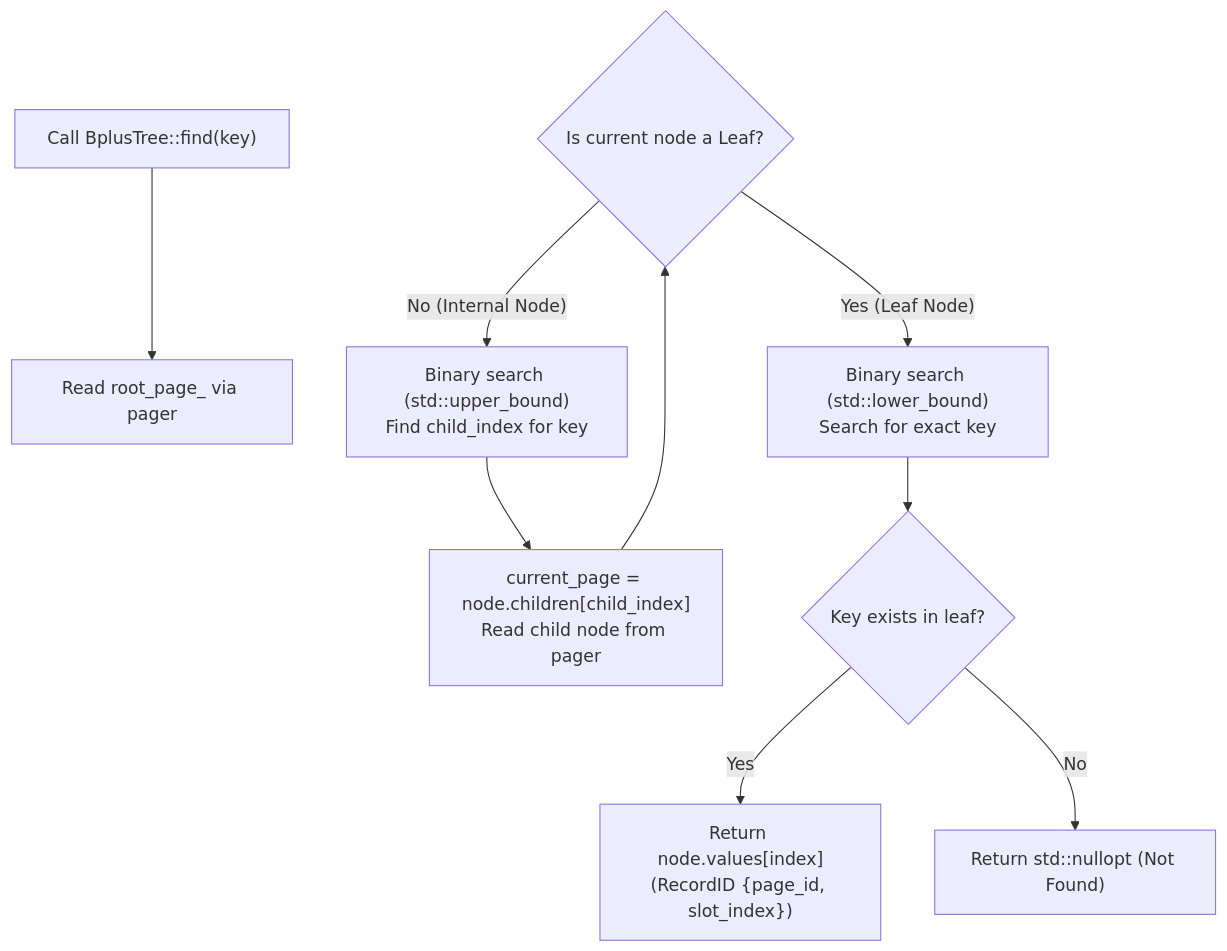
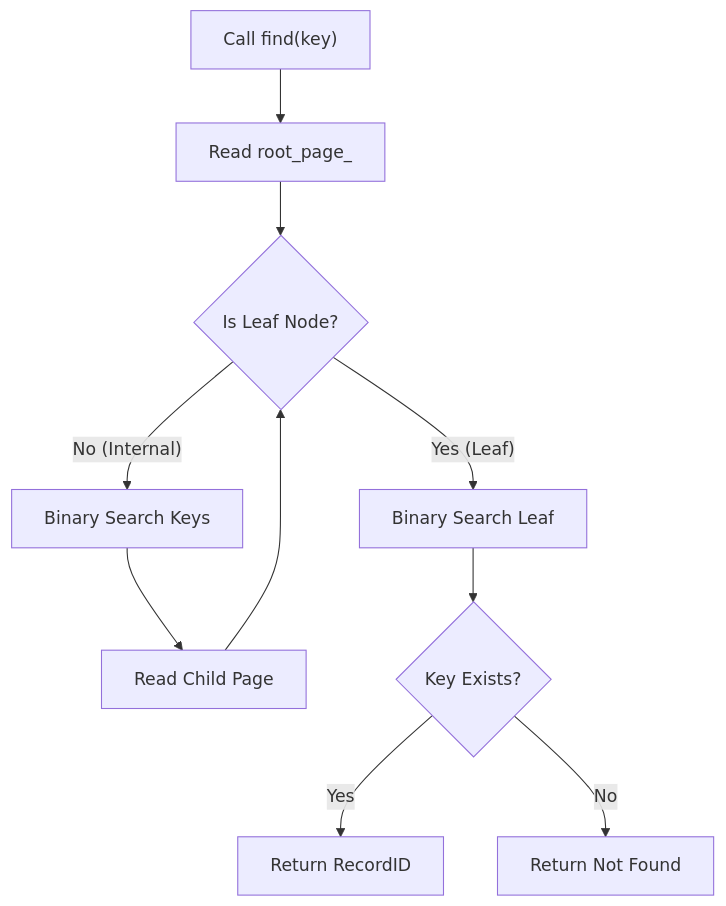
The second of 3 diagrams in docs/architecture/bplus-tree.md (KAAZamapiloT/QUARTZ_DB), drawn with Mermaid before and after one commit. The commit also changed other lines of this file and 27 other files, not shown here.

````diff
--- a/docs/architecture/bplus-tree.md
+++ b/docs/architecture/bplus-tree.md
@@ -103,16 +81,14 @@
 ```mermaid
 flowchart TD
-    Start["Call BplusTree::find(key)"] --> ReadRoot["Read root_page_ via pager"]
+    Start["Call find(key)"] --> ReadRoot["Read root_page_"]
+    ReadRoot --> CheckType{"Is Leaf Node?"}
     
-    CheckType{"Is current node a Leaf?"}
+    CheckType -- "No (Internal)" --> SearchInt["Binary Search Keys"]
+    SearchInt --> FetchChild["Read Child Page"]
+    FetchChild --> CheckType
     
-    CheckType -- "No (Internal Node)" --> BinSearchInt["Binary search (std::upper_bound)<br>Find child_index for key"]
-    BinSearchInt --> NextPage["current_page = node.children[child_index]<br>Read child node from pager"]
-    NextPage --> CheckType
-    
-    CheckType -- "Yes (Leaf Node)" --> BinSearchLeaf["Binary search (std::lower_bound)<br>Search for exact key"]
-    
-    BinSearchLeaf --> Found{"Key exists in leaf?"}
-    Found -- Yes --> ReturnRID["Return node.values[index]<br>(RecordID {page_id, slot_index})"]
-    Found -- No --> ReturnNull["Return std::nullopt (Not Found)"]
+    CheckType -- "Yes (Leaf)" --> SearchLeaf["Binary Search Leaf"]
+    SearchLeaf --> Found{"Key Exists?"}
+    Found -- "Yes" --> ReturnRID["Return RecordID"]
+    Found -- "No" --> ReturnNull["Return Not Found"]
 ```
````
